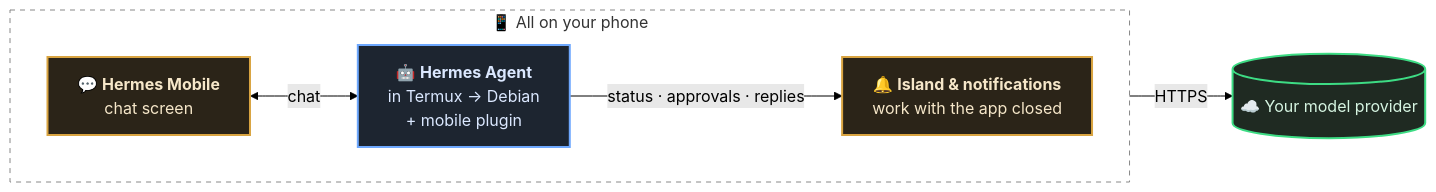
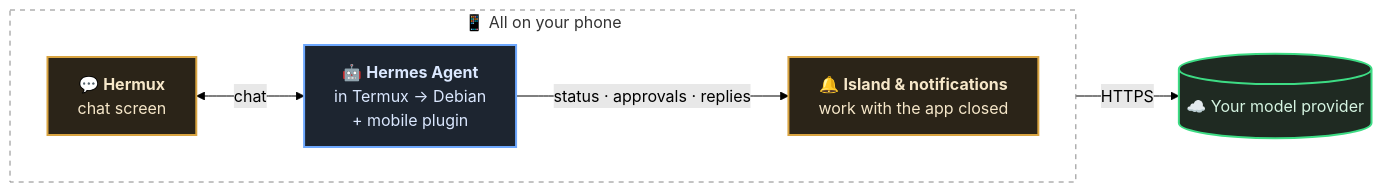
One commit to omarqaterge/hermes-mobile-app changed the diagram in README.md. Above: the diagram before and after it, drawn with Mermaid (forest theme). The commit also changed other lines of this file and 81 other files, not shown here.

````diff
--- a/README.md
+++ b/README.md
@@ -189,22 +191,22 @@
 ```mermaid
 flowchart LR
   subgraph phone["📱 All on your phone"]
     direction LR
-    ui["💬 <b>Hermes Mobile</b><br/>chat screen"]
+    ui["💬 <b>Hermux</b><br/>chat screen"]
     hermes["🤖 <b>Hermes Agent</b><br/>in Termux → Debian<br/>+ mobile plugin"]
     svc["🔔 <b>Island &amp; notifications</b><br/>work with the app closed"]
   end
   llm[("☁️ Your model provider")]
 
   ui <-->|"chat"| hermes
   hermes -->|"status · approvals · replies"| svc
   hermes -->|"HTTPS"| llm
 
   classDef appNode fill:#2b2418,stroke:#D9A441,stroke-width:2px,color:#f6e7c9
   classDef hermesNode fill:#1d2530,stroke:#6ea8fe,stroke-width:2px,color:#dbe8ff
   classDef cloud fill:#1f2a22,stroke:#3DDC84,stroke-width:2px,color:#d6f5e2
   class ui,svc appNode
   class hermes hermesNode
   class llm cloud
   style phone fill:transparent,stroke:#888,stroke-dasharray:5 5
 ```
````
